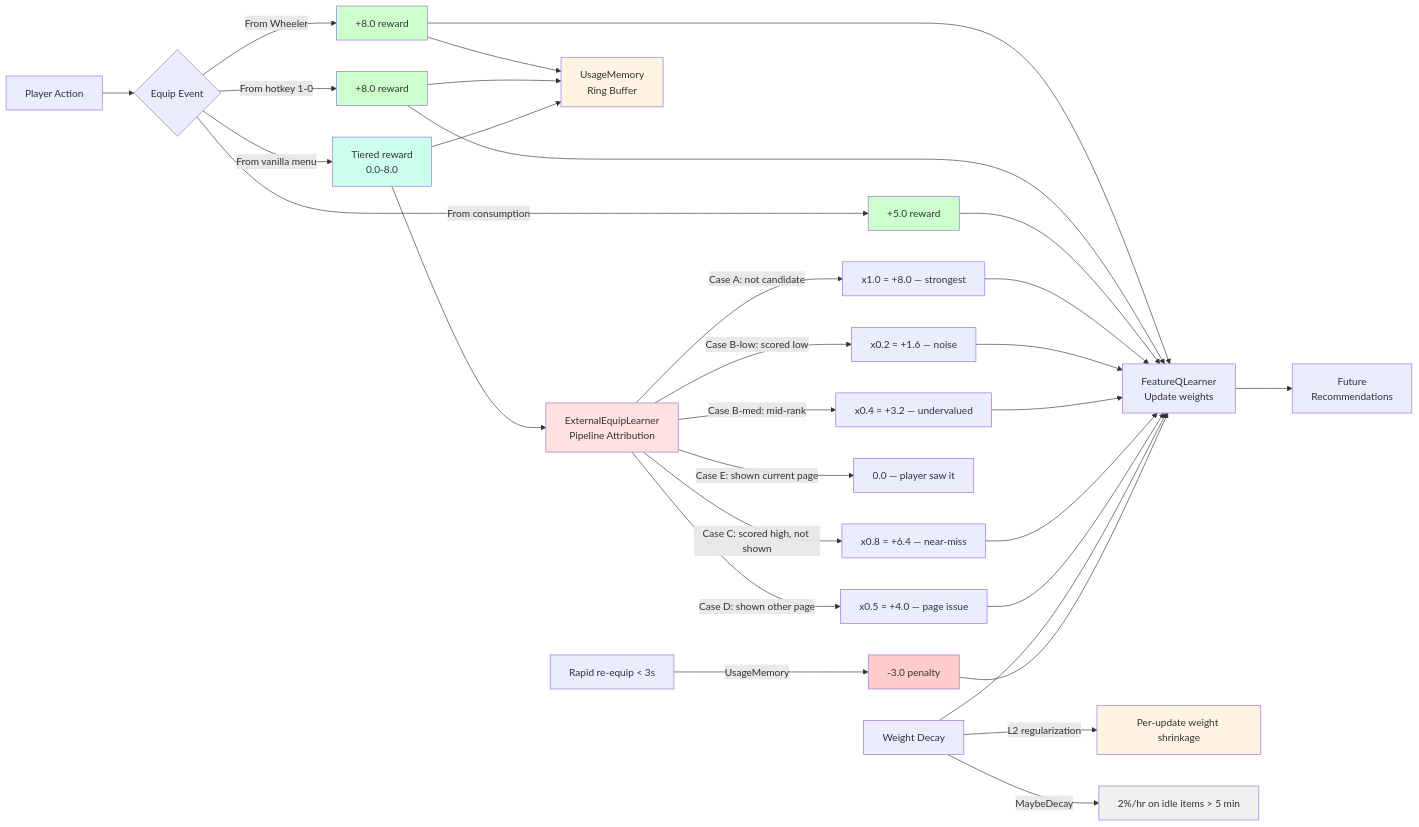
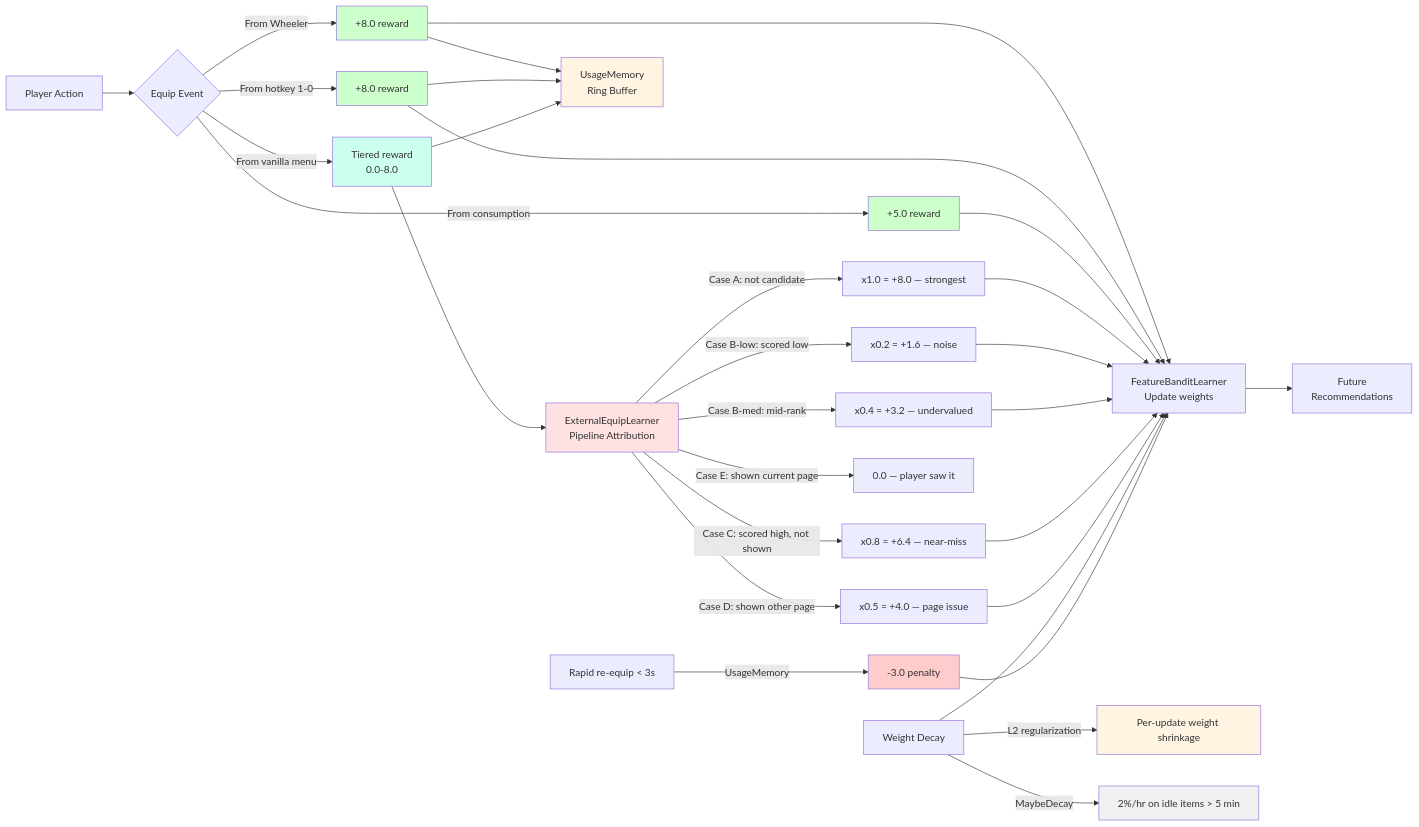
One commit to LandingCrew/huginn changed the ninth of 10 diagrams in docs/architecture/0-pipeline.md. Above: the diagram before and after it, drawn with Mermaid. The commit also changed other lines of this file and 61 other files, not shown here.

````diff
--- a/docs/architecture/0-pipeline.md
+++ b/docs/architecture/0-pipeline.md
@@ -753,48 +753,48 @@
 ```mermaid
 graph LR
     Player[Player Action] --> Event{Equip Event}
     Event -->|From Wheeler| E1[+8.0 reward]
     Event -->|From hotkey 1-0| E2[+8.0 reward]
     Event -->|From consumption| E2b[+5.0 reward]
     Event -->|From vanilla menu| E3[Tiered reward<br/>0.0-8.0]
 
-    E1 --> QL[FeatureQLearner<br/>Update weights]
+    E1 --> QL[FeatureBanditLearner<br/>Update weights]
     E2 --> QL
     E2b --> QL
 
     E3 --> EEL[ExternalEquipLearner<br/>Pipeline Attribution]
     EEL -->|Case A: not candidate| R_A[x1.0 = +8.0 — strongest]
     EEL -->|Case B-low: scored low| R0[x0.2 = +1.6 — noise]
     EEL -->|Case B-med: mid-rank| R1[x0.4 = +3.2 — undervalued]
     EEL -->|Case C: scored high, not shown| R2[x0.8 = +6.4 — near-miss]
     EEL -->|Case D: shown other page| R3[x0.5 = +4.0 — page issue]
     EEL -->|Case E: shown current page| Skip2[0.0 — player saw it]
     R_A --> QL
     R0 --> QL
     R1 --> QL
     R2 --> QL
     R3 --> QL
 
     E1 --> UM[UsageMemory<br/>Ring Buffer]
     E2 --> UM
     E3 --> UM
 
     Decay[Weight Decay] --> QL
     Decay -->|L2 regularization| D1[Per-update weight shrinkage]
     Decay -->|MaybeDecay| D2[2%/hr on idle items > 5 min]
 
     Misclick[Rapid re-equip < 3s] -->|UsageMemory| Penalty[-3.0 penalty]
     Penalty --> QL
 
     QL --> Future[Future<br/>Recommendations]
 
     style E1 fill:#ccffcc
     style E2 fill:#ccffcc
     style E2b fill:#ccffcc
     style E3 fill:#ccffee
     style EEL fill:#ffe1e1
     style UM fill:#fff4e1
     style D1 fill:#fff4e1
     style D2 fill:#f0f0f0
     style Penalty fill:#ffcccc
 ```
````
